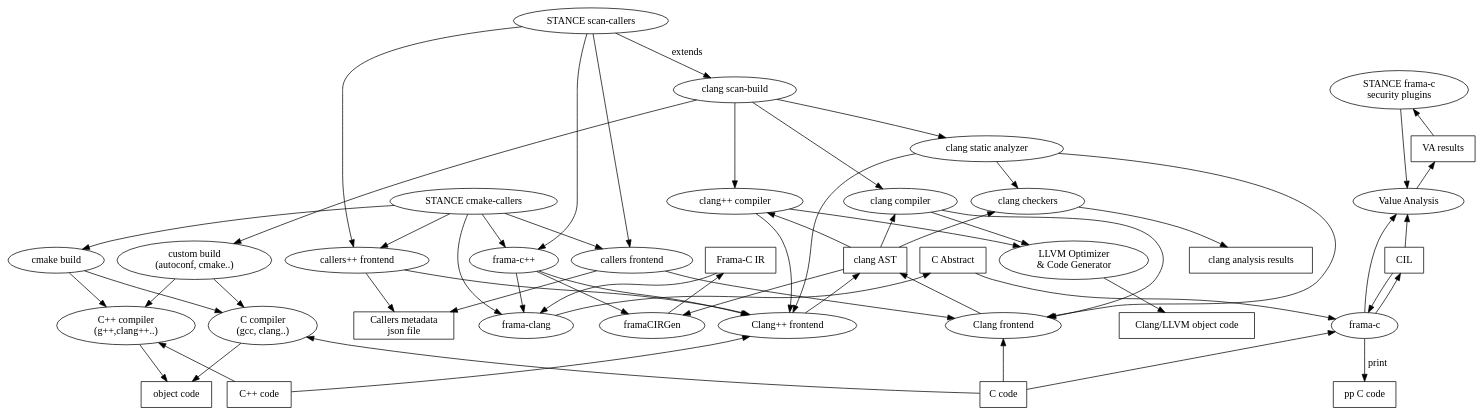
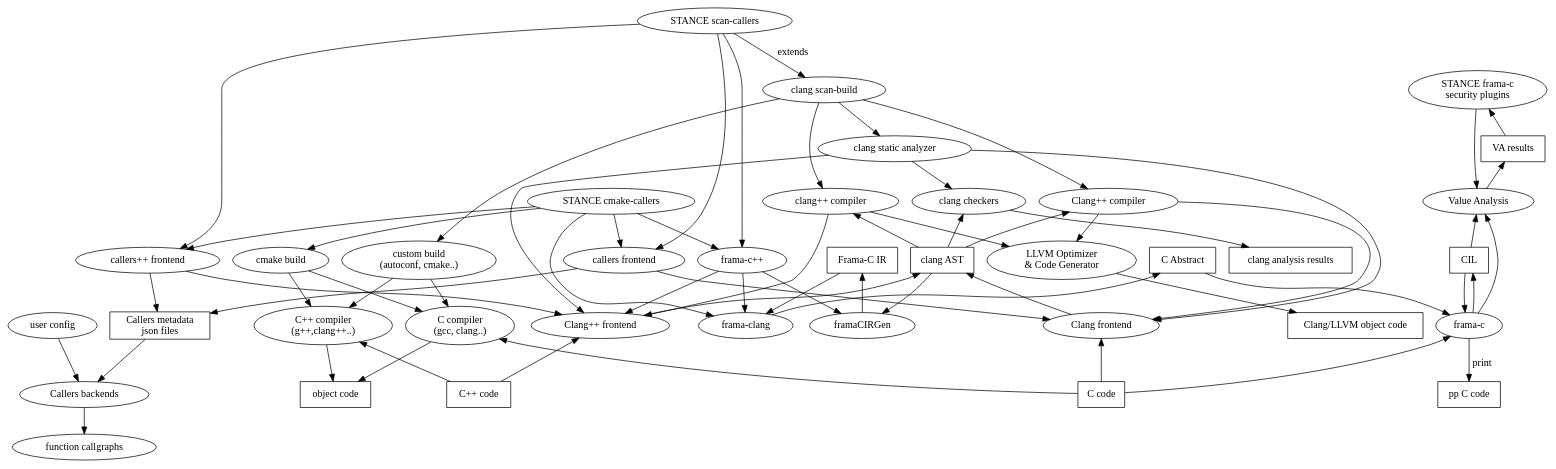
The diagram in doc/callers.org (hbalp/callers), drawn with Graphviz before and after one commit.

Commit message:
Added Callers backends.

```diff
--- a/doc/callers.org
+++ b/doc/callers.org
@@ -92,6 +92,7 @@
 "llvm" -> "clang object code"
 
 // clang compilation of C code
+"clang compiler" [ label="Clang compiler" ]
 "clang AST" [ shape=box ]
 "scan-build" -> "clang compiler"
 "clang frontend" [ label="Clang frontend" ]
@@ -103,6 +104,7 @@
 "clang compiler" -> "llvm"
 
 // clang++ compilation of C++ code
+"clang compiler" [ label="Clang++ compiler" ]
 "scan-build" -> "clang++ compiler"
 "clang++ frontend" [ label="Clang++ frontend" ]
 "clang++ frontend" -> "cpp code" [ dir=back ]
@@ -126,7 +128,7 @@
 "clang static analyzer" -> "clang++ frontend"
 
 // callers analysis
-"metadata json file" [ label="Callers metadata\njson file" ]
+"metadata json file" [ label="Callers metadata\njson files" ]
 "metadata json file" [ shape="box" ]
 
 // callers C code analysis
@@ -138,6 +140,11 @@
 "scan-callers" -> "callers++ frontend"
 "callers++ frontend" -> "clang++ frontend"
 "callers++ frontend" -> "metadata json file"
+
+// callers backends
+"metadata json file" -> "Callers backends"
+"user config" -> "Callers backends"
+"Callers backends" -> "function callgraphs"
 
 // frama-c++
 "scan-callers" -> "frama-c++"
```
